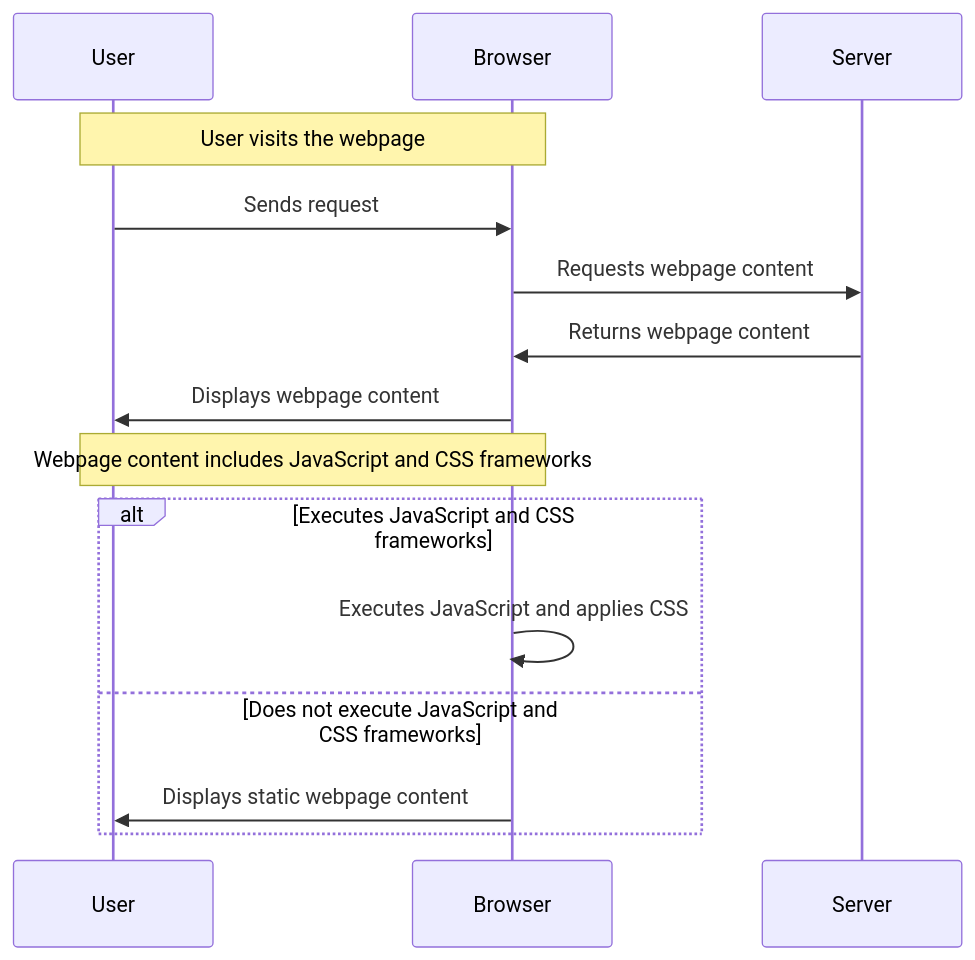
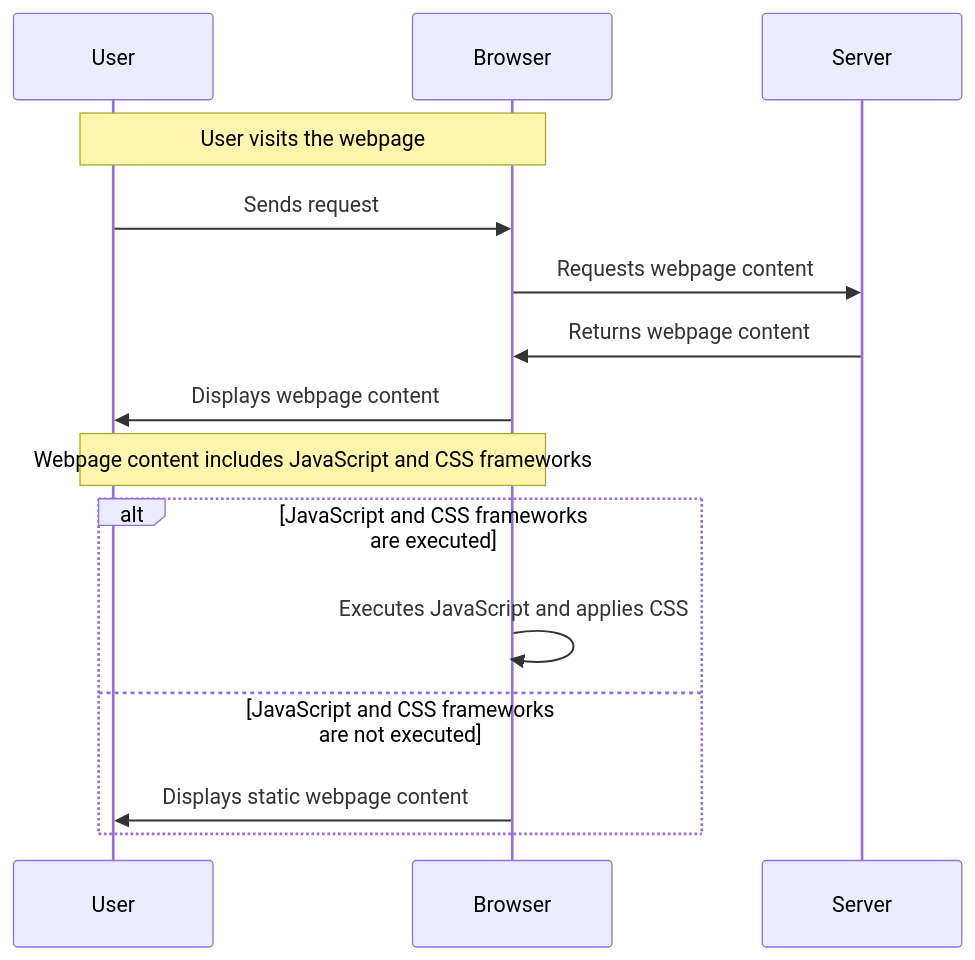
The diagram in src/content/posts/product/_2026-05-23-may-the-4th-be-with-you.en.md (a920604a/engineernews), drawn with Mermaid before and after one commit. The commit also changed 2 other files, not shown here.

Commit message:
fix: auto-fix mermaid syntax errors in posts

````diff
--- a/src/content/posts/product/_2026-05-23-may-the-4th-be-with-you.en.md
+++ b/src/content/posts/product/_2026-05-23-may-the-4th-be-with-you.en.md
@@ -29,18 +29,18 @@
 ```mermaid
 sequenceDiagram
     participant User as User
     participant Browser as Browser
     participant Server as Server
 
     Note over User,Browser: User visits the webpage
     User->>Browser: Sends request
     Browser->>Server: Requests webpage content
     Server->>Browser: Returns webpage content
     Browser->>User: Displays webpage content
     Note over User,Browser: Webpage content includes JavaScript and CSS frameworks
-    alt Executes JavaScript and CSS frameworks
+    alt JavaScript and CSS frameworks are executed
         Browser->>Browser: Executes JavaScript and applies CSS
-    else Does not execute JavaScript and CSS frameworks
+    else JavaScript and CSS frameworks are not executed
         Browser->>User: Displays static webpage content
     end
 ```
````
